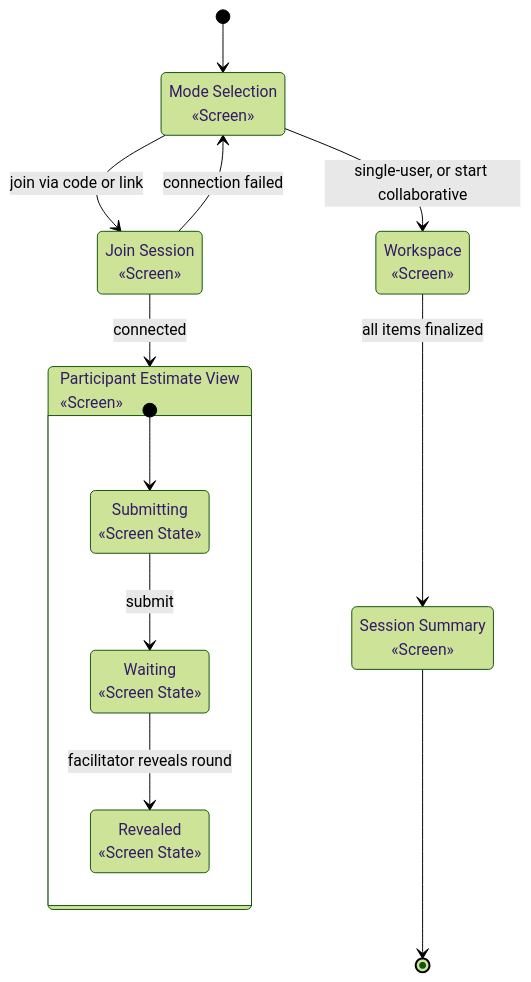
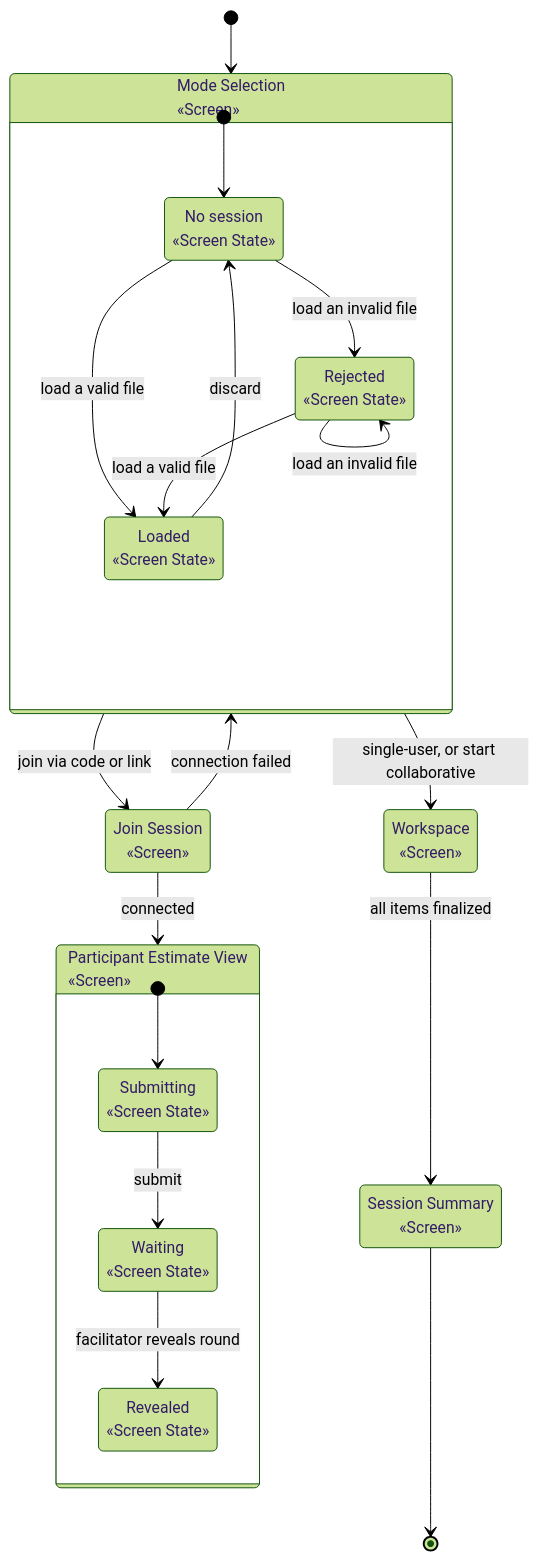
The diagram in docs/domain/concepts/screen-flow.md (cfisch3r/estimate), drawn with Mermaid (forest theme) before and after one commit. The commit also changed other lines of this file and 15 other files, not shown here.

````diff
--- a/docs/domain/concepts/screen-flow.md
+++ b/docs/domain/concepts/screen-flow.md
@@ -10,29 +10,42 @@
 ```mermaid
 stateDiagram-v2
     [*] --> ModeSelection
 
     state "Mode Selection<br/>«Screen»" as ModeSelection
     state "Workspace<br/>«Screen»" as Workspace
     state "Join Session<br/>«Screen»" as JoinSession
     state "Participant Estimate View<br/>«Screen»" as ParticipantEstimateView
     state "Session Summary<br/>«Screen»" as SessionSummary
+
+    state ModeSelection {
+        state "No session<br/>«Screen State»" as NoSession
+        state "Loaded<br/>«Screen State»" as Loaded
+        state "Rejected<br/>«Screen State»" as Rejected
+
+        [*] --> NoSession
+        NoSession --> Loaded : load a valid file
+        NoSession --> Rejected : load an invalid file
+        Rejected --> Loaded : load a valid file
+        Rejected --> Rejected : load an invalid file
+        Loaded --> NoSession : discard
+    }
 
     ModeSelection --> Workspace : single-user, or start collaborative
     ModeSelection --> JoinSession : join via code or link
 
     JoinSession --> ParticipantEstimateView : connected
     JoinSession --> ModeSelection : connection failed
 
     state ParticipantEstimateView {
         state "Submitting<br/>«Screen State»" as Submitting
         state "Waiting<br/>«Screen State»" as Waiting
         state "Revealed<br/>«Screen State»" as Revealed
 
         [*] --> Submitting
         Submitting --> Waiting : submit
         Waiting --> Revealed : facilitator reveals round
     }
 
     Workspace --> SessionSummary : all items finalized
     SessionSummary --> [*]
 ```
````
